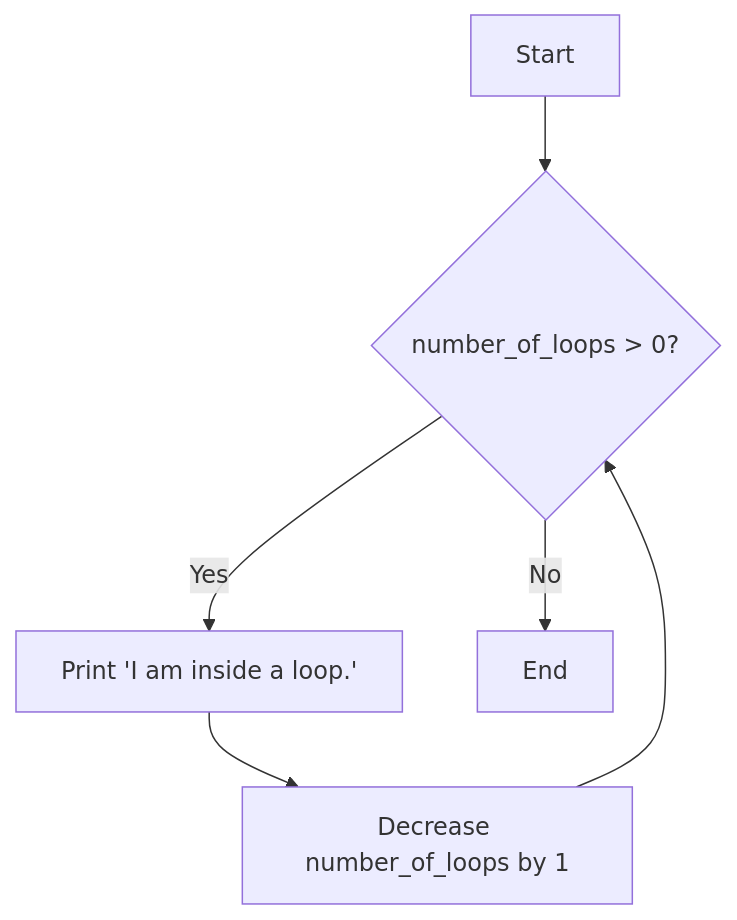
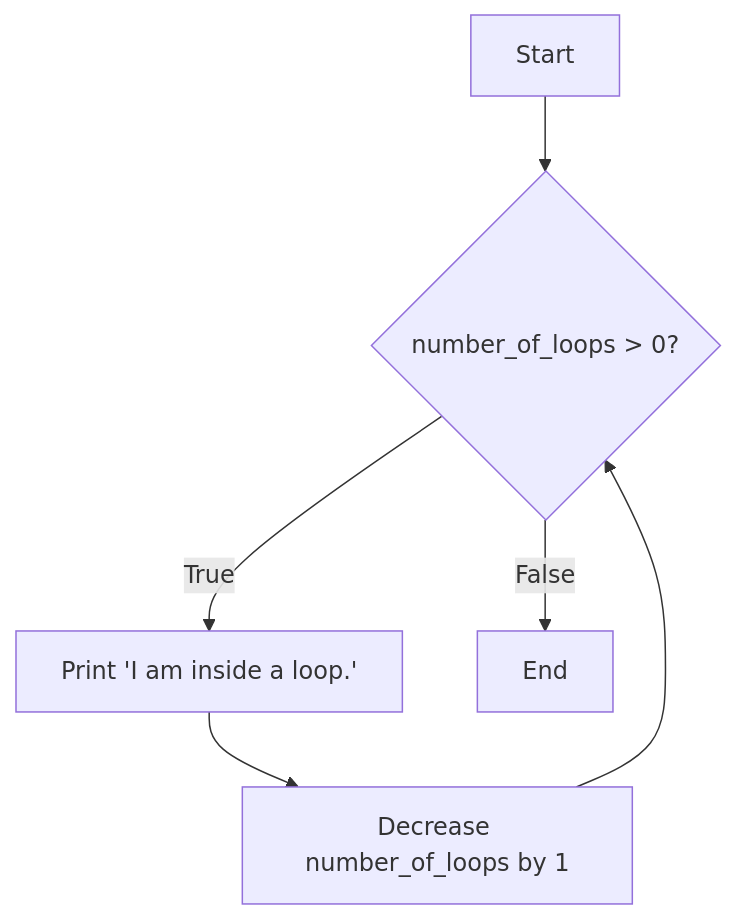
Before and after one commit to rahmanda/ayongulik: the first of 3 diagrams in courses/level-0/algoritma-menggunakan-python/6-looping-dan-debugging.md, drawn with Mermaid. The commit also changed other lines of this file and 1 other file, not shown here.

Commit message:
docs(algoritma): replace diagram with True and False for branching

````diff
--- a/courses/level-0/algoritma-menggunakan-python/6-looping-dan-debugging.md
+++ b/courses/level-0/algoritma-menggunakan-python/6-looping-dan-debugging.md
@@ -32,8 +32,8 @@
 ```mermaid
 flowchart TD
     A[Start] --> B{number_of_loops > 0?}
-    B -- Yes --> C[Print 'I am inside a loop.']
+    B -- True --> C[Print 'I am inside a loop.']
     C --> D[Decrease number_of_loops by 1]
     D --> B
-    B -- No --> E[End]
+    B -- False --> E[End]
 ```
````
